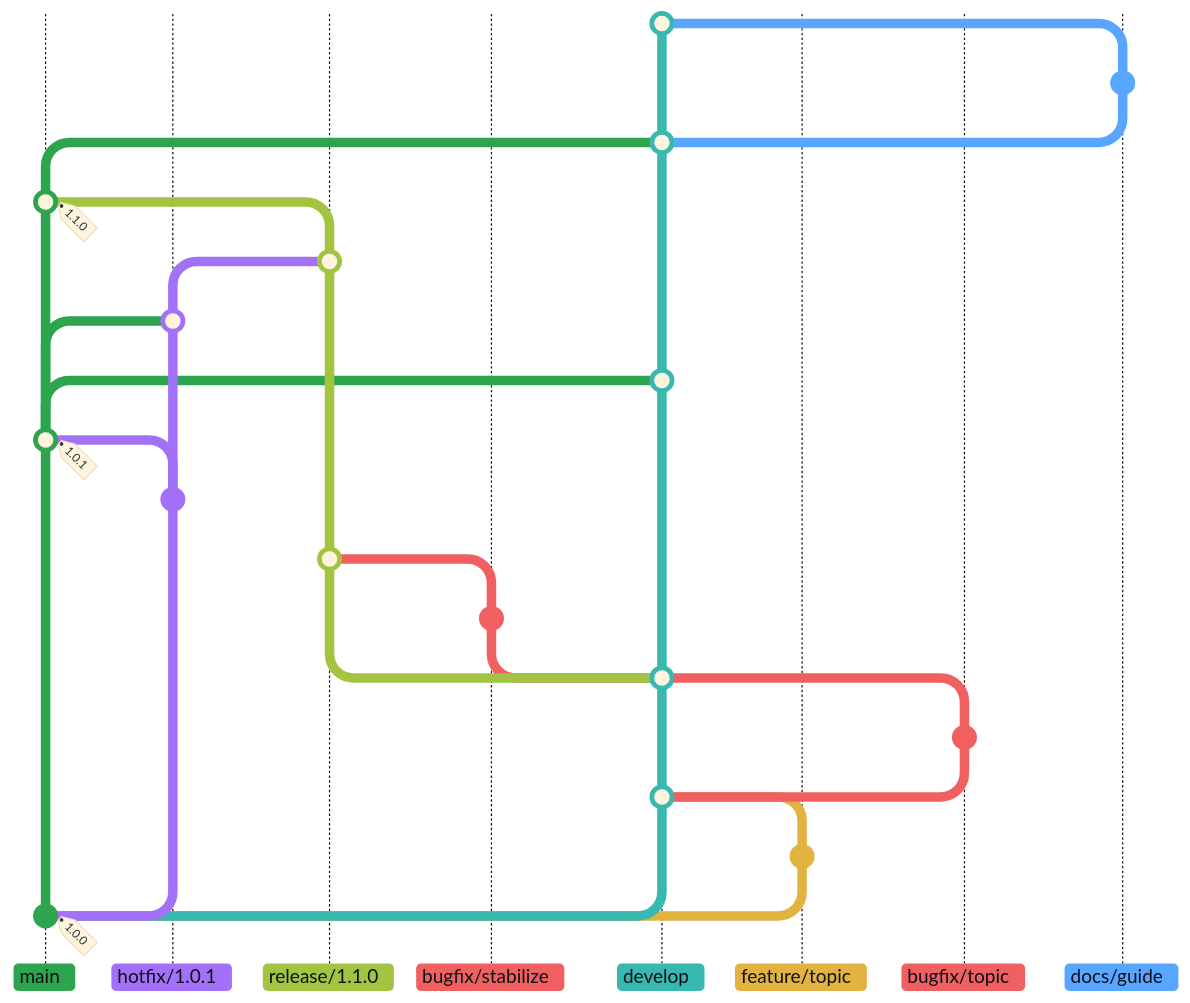
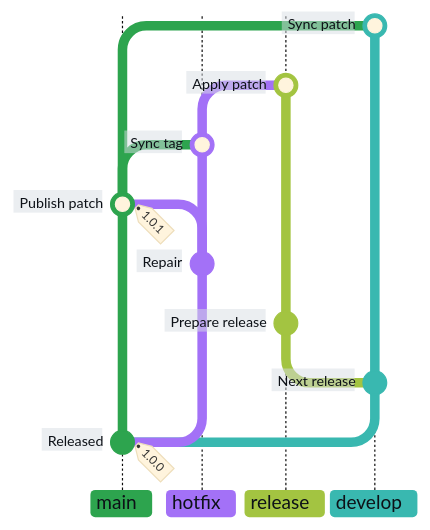
One commit to superhero/operations.superduper.solutions changed the third of 3 diagrams in docs/adr/cicd.md. Above: the diagram before and after it, drawn with Mermaid. The commit also changed other lines of this file, not shown here. Commit ids are hidden.

First line of the commit message:
docs: separate Gitflow diagrams into readable scenarios

````diff
--- a/docs/adr/cicd.md
+++ b/docs/adr/cicd.md
@@ -37,47 +105,26 @@
 ```mermaid
-%%{init: {"theme": "base", "gitGraph": {"showCommitLabel": false}, "themeVariables": {
+%%{init: {"theme": "base", "gitGraph": {"showCommitLabel": true, "rotateCommitLabel": false}, "themeVariables": {
+    "commitLabelFontSize": "12px", "commitLabelColor": "#0D1117", "commitLabelBackground": "#D8DEE4",
     "git0": "#2DA44E", "gitBranchLabel0": "#0D1117",
     "git1": "#A371F7", "gitBranchLabel1": "#0D1117",
     "git2": "#A3C441", "gitBranchLabel2": "#0D1117",
-    "git3": "#F06060", "gitBranchLabel3": "#0D1117",
-    "git4": "#39B8B0", "gitBranchLabel4": "#0D1117",
-    "git5": "#E3B341", "gitBranchLabel5": "#0D1117",
-    "git6": "#F06060", "gitBranchLabel6": "#0D1117",
-    "git7": "#58A6FF", "gitBranchLabel7": "#0D1117"
+    "git3": "#39B8B0", "gitBranchLabel3": "#0D1117"
 }}}%%
 gitGraph BT:
-    commit tag: "1.0.0"
-    branch develop order: 4
-    branch "feature/topic" order: 5
-    commit
+    commit id: "Released" tag: "1.0.0"
+    branch develop order: 3
+    commit id: "Next release"
+    branch "release" order: 2
+    commit id: "Prepare release"
+    checkout main
+    branch "hotfix" order: 1
+    commit id: "Repair"
+    checkout main
+    merge "hotfix" id: "Publish patch" tag: "1.0.1"
+    checkout "hotfix"
+    merge main id: "Sync tag"
+    checkout "release"
+    merge "hotfix" id: "Apply patch"
     checkout develop
-    merge "feature/topic"
-    branch "bugfix/topic" order: 6
-    commit
-    checkout develop
-    merge "bugfix/topic"
-    branch "release/1.1.0" order: 2
-    branch "bugfix/stabilize" order: 3
-    commit
-    checkout "release/1.1.0"
-    merge "bugfix/stabilize"
-    checkout main
-    branch "hotfix/1.0.1" order: 1
-    commit
-    checkout main
-    merge "hotfix/1.0.1" tag: "1.0.1"
-    checkout develop
-    merge main
-    checkout "hotfix/1.0.1"
-    merge main
-    checkout "release/1.1.0"
-    merge "hotfix/1.0.1"
-    checkout main
-    merge "release/1.1.0" tag: "1.1.0"
-    checkout develop
-    merge main
-    branch "docs/guide" order: 7
-    commit
-    checkout develop
-    merge "docs/guide"
+    merge main id: "Sync patch"
 ```
````
